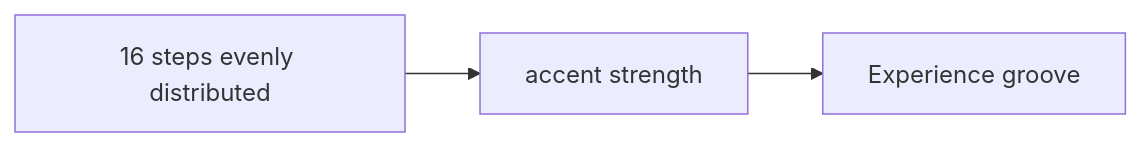
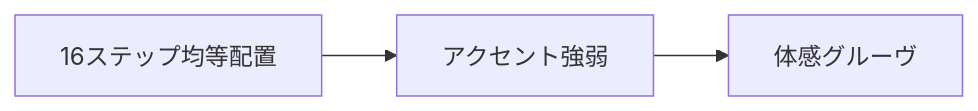
The first of 3 diagrams in en/_posts/2026-02-06-column-rhythm-programming.md (monumental-movement/monumental-movement.github.io), drawn with Mermaid before and after one commit. The commit also changed other lines of this file and 2196 other files, not shown here.

```diff
--- a/en/_posts/2026-02-06-column-rhythm-programming.md
+++ b/en/_posts/2026-02-06-column-rhythm-programming.md
@@ -259,5 +259,5 @@
 <div class="mermaid">
 graph LR
-A[16 steps evenly distributed] --> B[accent strength]
-B --> C[Experience groove]
+A[16ステップ均等配置] --> B[アクセント強弱]
+B --> C[体感グルーヴ]
 </div>
```
